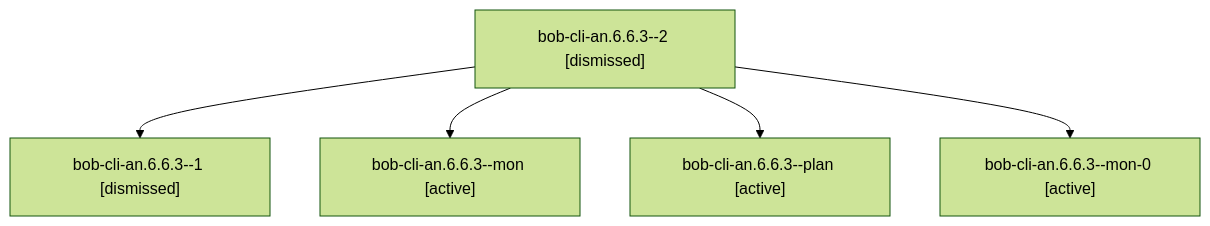
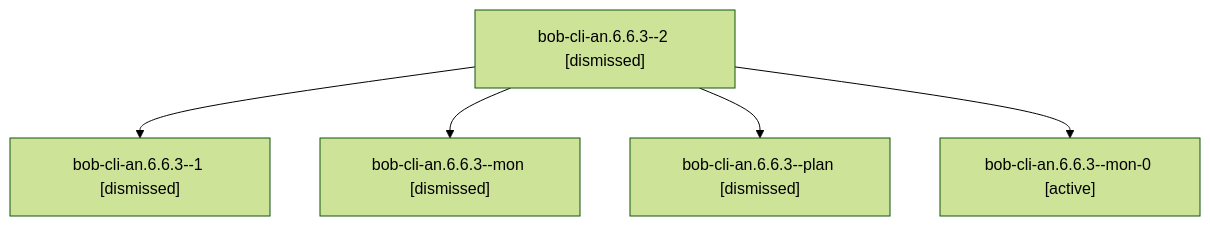
One commit to bobs-org/bob-cli--agents changed the diagram in sessions/bbugyi200.athena.bob-cli-an.6.6.3.md. Above: the diagram before and after it, drawn with Mermaid (forest theme). The commit also changed other lines of this file and 551 other files, not shown here.

````diff
--- a/sessions/bbugyi200.athena.bob-cli-an.6.6.3.md
+++ b/sessions/bbugyi200.athena.bob-cli-an.6.6.3.md
@@ -9,12 +9,12 @@
 ```mermaid
 flowchart TD
   n0["bob-cli-an.6.6.3--2 [dismissed]"]
   n1["bob-cli-an.6.6.3--1 [dismissed]"]
   n0 --> n1
-  n2["bob-cli-an.6.6.3--mon [active]"]
+  n2["bob-cli-an.6.6.3--mon [dismissed]"]
   n0 --> n2
-  n3["bob-cli-an.6.6.3--plan [active]"]
+  n3["bob-cli-an.6.6.3--plan [dismissed]"]
   n0 --> n3
   n4["bob-cli-an.6.6.3--mon-0 [active]"]
   n0 --> n4
 ```
````
